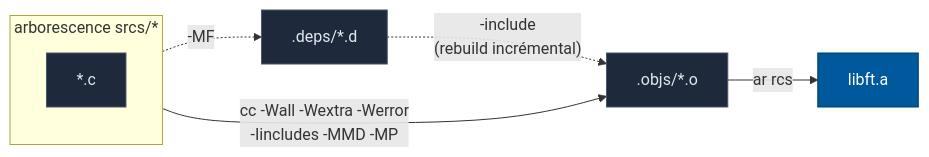
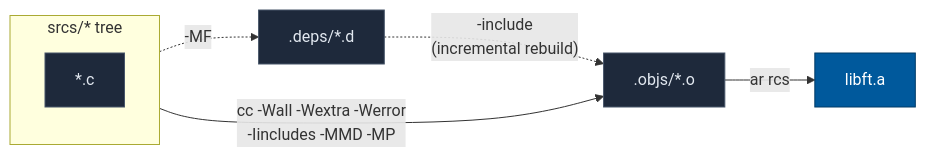
Before and after one commit to AstarophTY/libft: the third of 5 diagrams in README.md, drawn with Mermaid. The commit also changed other lines of this file, not shown here.

````diff
--- a/README.md
+++ b/README.md
@@ -128,16 +128,16 @@
 ```mermaid
 flowchart LR
-    subgraph dirs["arborescence srcs/*"]
+    subgraph dirs["srcs/* tree"]
         direction TB
         s1["*.c"]
     end
     s1 -->|"cc -Wall -Wextra -Werror<br/>-Iincludes -MMD -MP"| obj[".objs/*.o"]
     s1 -.->|"-MF"| dep[".deps/*.d"]
     obj -->|"ar rcs"| lib["libft.a"]
-    dep -.->|"-include<br/>(rebuild incrémental)"| obj
+    dep -.->|"-include<br/>(incremental rebuild)"| obj
 
     classDef a fill:#1e293b,stroke:#475569,color:#e2e8f0;
     classDef out fill:#00599C,stroke:#013a66,color:#fff;
     class s1,obj,dep a;
     class lib out;
 ```
````
